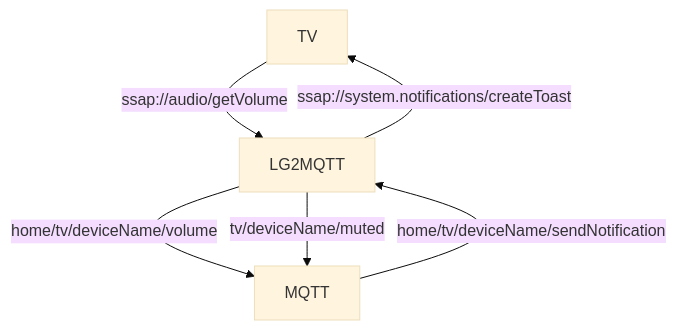
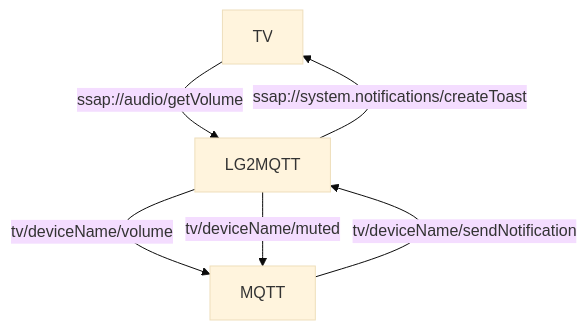
The diagram in packages/lg2mqtt/docs/flow.mmd (mariusz-kabala/home-automation), drawn with Mermaid (base theme) before and after one commit. The commit also changed 2 other files, not shown here.

Commit message:
docs: drop home prefix from mqtt topics

```diff
--- a/packages/lg2mqtt/docs/flow.mmd
+++ b/packages/lg2mqtt/docs/flow.mmd
@@ -1,6 +1,6 @@
 graph TD
     TV --> |ssap://audio/getVolume| LG2MQTT
-    LG2MQTT --> |home/tv/deviceName/volume| MQTT
+    LG2MQTT --> |tv/deviceName/volume| MQTT
     LG2MQTT --> |tv/deviceName/muted| MQTT
-    MQTT --> |home/tv/deviceName/sendNotification| LG2MQTT
+    MQTT --> |tv/deviceName/sendNotification| LG2MQTT
     LG2MQTT --> |ssap://system.notifications/createToast| TV
```
